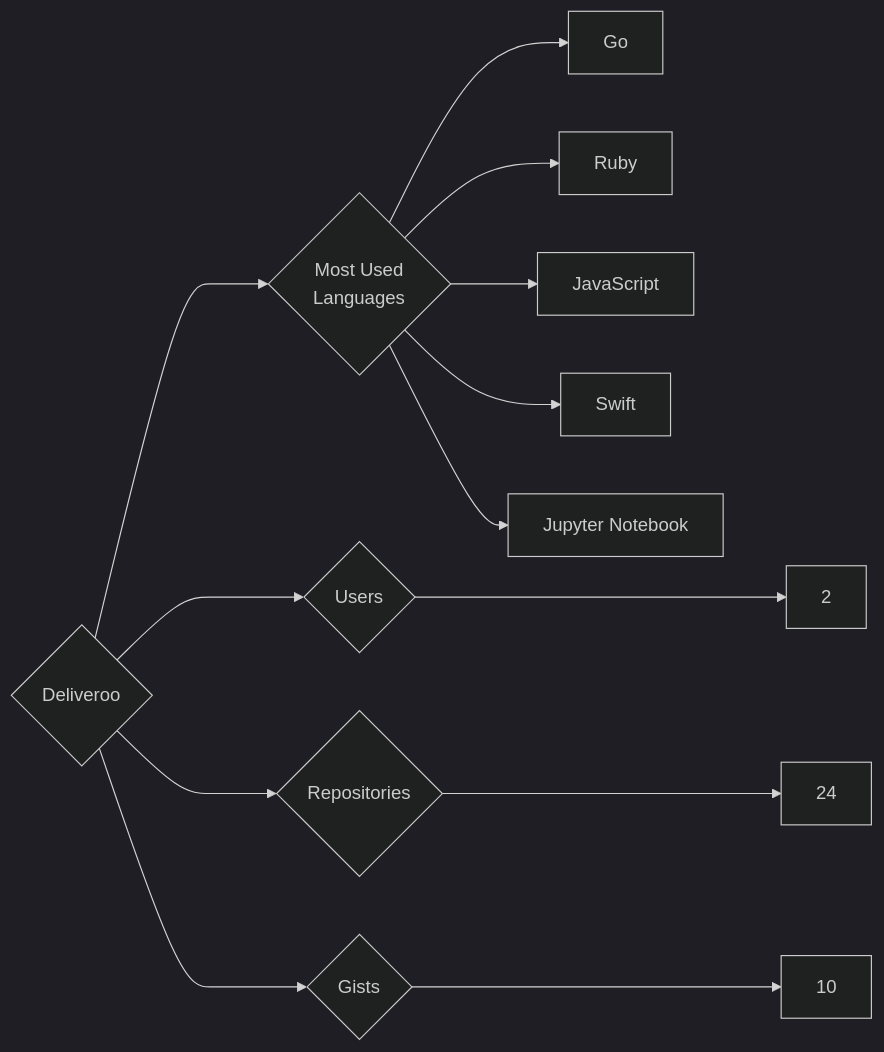
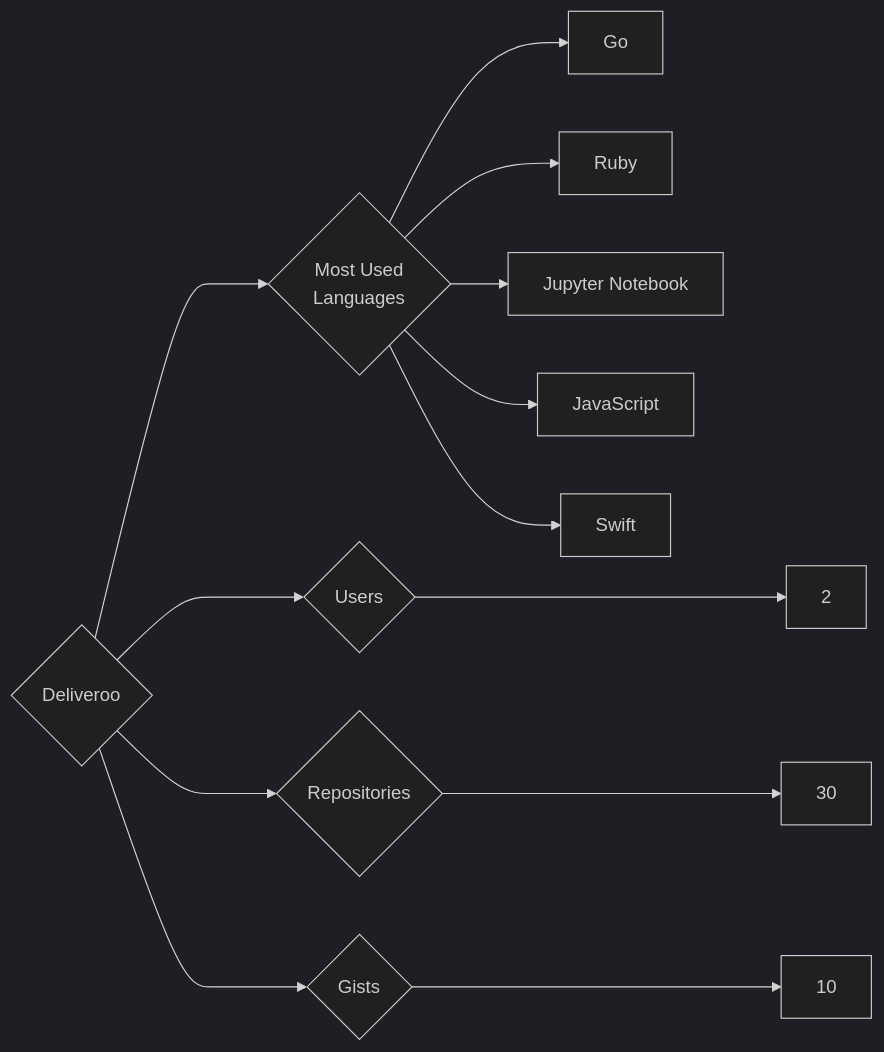
Before and after one commit to trickest/insiders: the diagram in targets/Deliveroo/README.md, drawn with Mermaid (dark theme). The commit also changed 997 other files, not shown here.

````diff
--- a/targets/Deliveroo/README.md
+++ b/targets/Deliveroo/README.md
@@ -3,13 +3,13 @@
 ```mermaid
 graph LR
 COMPANY_NAME{Deliveroo}
 COMPANY_NAME ---> U{Users} ---> UN[2]
-COMPANY_NAME ---> R{Repositories} ---> RN[24]
+COMPANY_NAME ---> R{Repositories} ---> RN[30]
 COMPANY_NAME ---> G{Gists} ---> GN[10]
 COMPANY_NAME ---> ML{Most Used<br>Languages}
 ML --> Go[Go]
 ML --> Ruby[Ruby]
+ML --> Jupyter_Notebook[Jupyter Notebook]
 ML --> JavaScript[JavaScript]
 ML --> Swift[Swift]
-ML --> Jupyter_Notebook[Jupyter Notebook]
 ```
````
